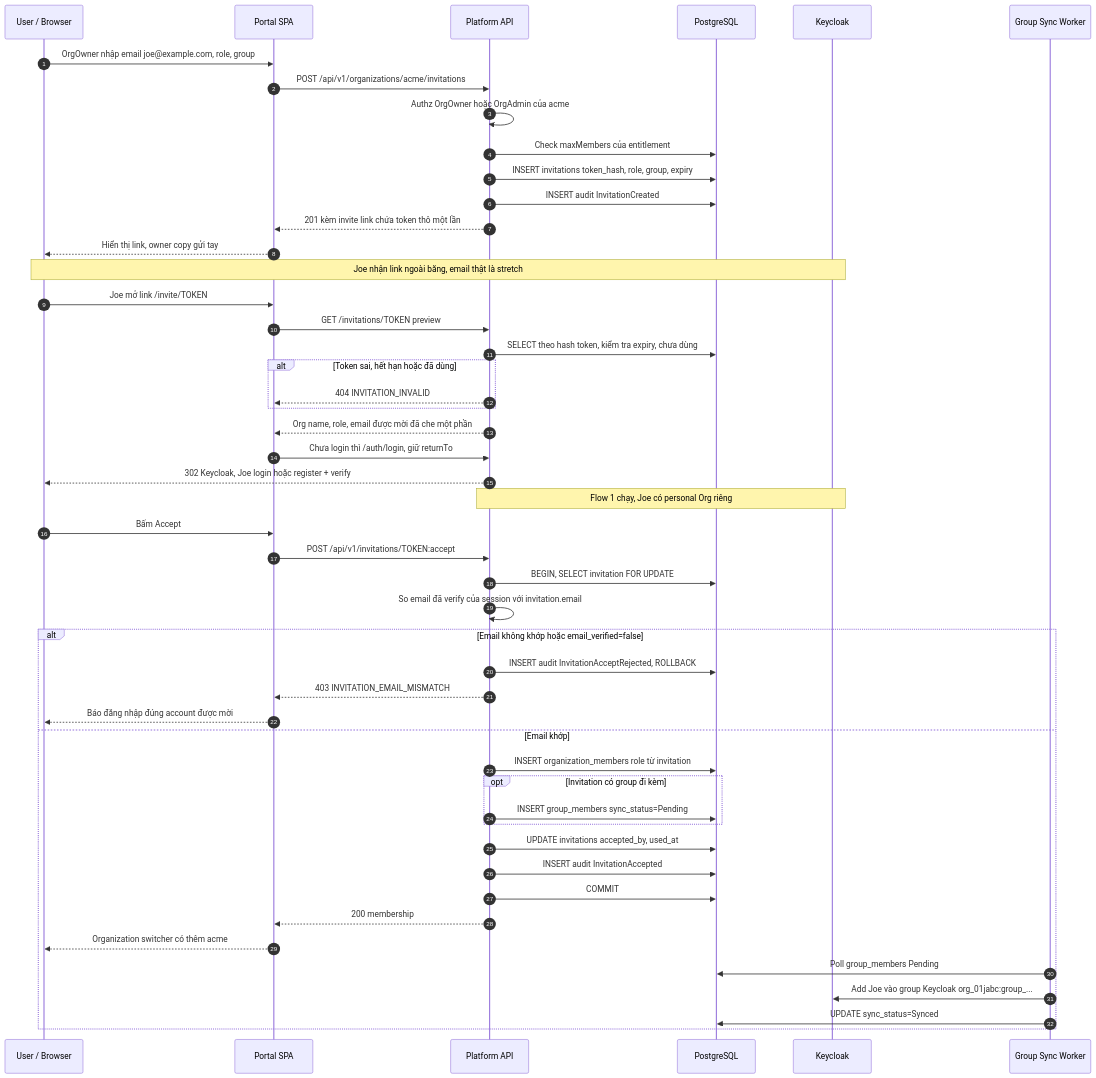
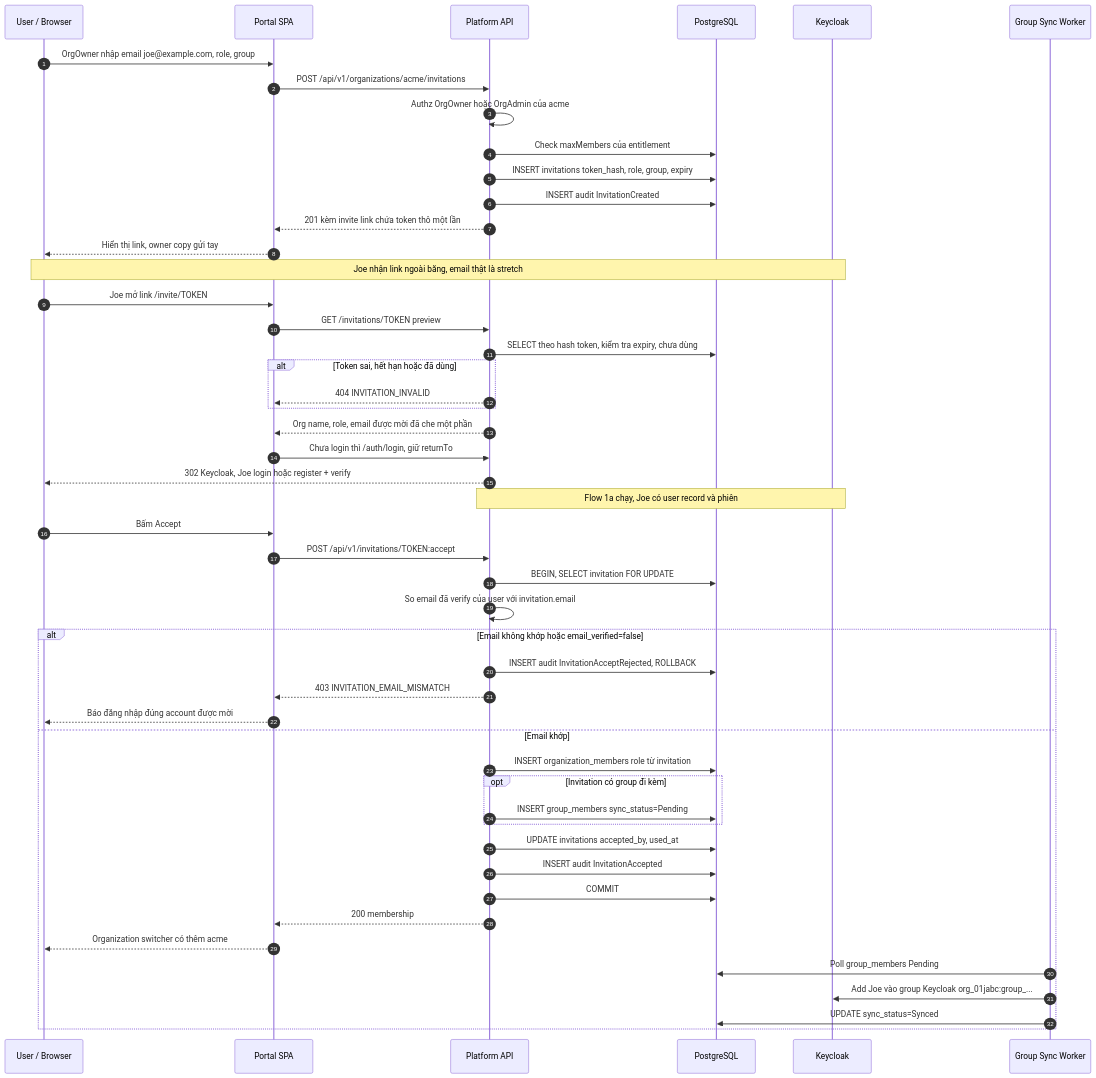
The fifth of 19 diagrams in docs/architecture/03-flows.md (thaihoc1310/tenantry), drawn with Mermaid before and after one commit. The commit also changed other lines of this file and 12 other files, not shown here.

````diff
--- a/docs/architecture/03-flows.md
+++ b/docs/architecture/03-flows.md
@@ -222,52 +277,52 @@
 ```mermaid
 sequenceDiagram
   autonumber
   participant U as User / Browser
   participant SPA as Portal SPA
   participant API as Platform API
   participant DB as PostgreSQL
   participant KC as Keycloak
   participant GS as Group Sync Worker
 
   U->>SPA: OrgOwner nhập email joe@example.com, role, group
   SPA->>API: POST /api/v1/organizations/acme/invitations
   API->>API: Authz OrgOwner hoặc OrgAdmin của acme
   API->>DB: Check maxMembers của entitlement
   API->>DB: INSERT invitations token_hash, role, group, expiry
   API->>DB: INSERT audit InvitationCreated
   API-->>SPA: 201 kèm invite link chứa token thô một lần
   SPA-->>U: Hiển thị link, owner copy gửi tay
   Note over U,KC: Joe nhận link ngoài băng, email thật là stretch
   U->>SPA: Joe mở link /invite/TOKEN
   SPA->>API: GET /invitations/TOKEN preview
   API->>DB: SELECT theo hash token, kiểm tra expiry, chưa dùng
   alt Token sai, hết hạn hoặc đã dùng
     API-->>SPA: 404 INVITATION_INVALID
   end
   API-->>SPA: Org name, role, email được mời đã che một phần
   SPA->>API: Chưa login thì /auth/login, giữ returnTo
   API-->>U: 302 Keycloak, Joe login hoặc register + verify
-  Note over API,KC: Flow 1 chạy, Joe có personal Org riêng
+  Note over API,KC: Flow 1a chạy, Joe có user record và phiên
   U->>SPA: Bấm Accept
   SPA->>API: POST /api/v1/invitations/TOKEN:accept
   API->>DB: BEGIN, SELECT invitation FOR UPDATE
-  API->>API: So email đã verify của session với invitation.email
+  API->>API: So email đã verify của user với invitation.email
   alt Email không khớp hoặc email_verified=false
     API->>DB: INSERT audit InvitationAcceptRejected, ROLLBACK
     API-->>SPA: 403 INVITATION_EMAIL_MISMATCH
     SPA-->>U: Báo đăng nhập đúng account được mời
   else Email khớp
     API->>DB: INSERT organization_members role từ invitation
     opt Invitation có group đi kèm
       API->>DB: INSERT group_members sync_status=Pending
     end
     API->>DB: UPDATE invitations accepted_by, used_at
     API->>DB: INSERT audit InvitationAccepted
     API->>DB: COMMIT
     API-->>SPA: 200 membership
     SPA-->>U: Organization switcher có thêm acme
     GS->>DB: Poll group_members Pending
     GS->>KC: Add Joe vào group Keycloak org_01jabc:group_...
     GS->>DB: UPDATE sync_status=Synced
   end
 ```
````
